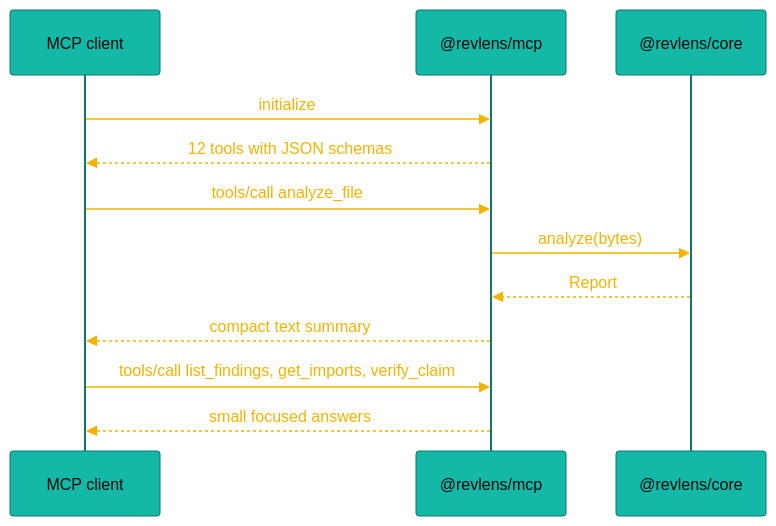
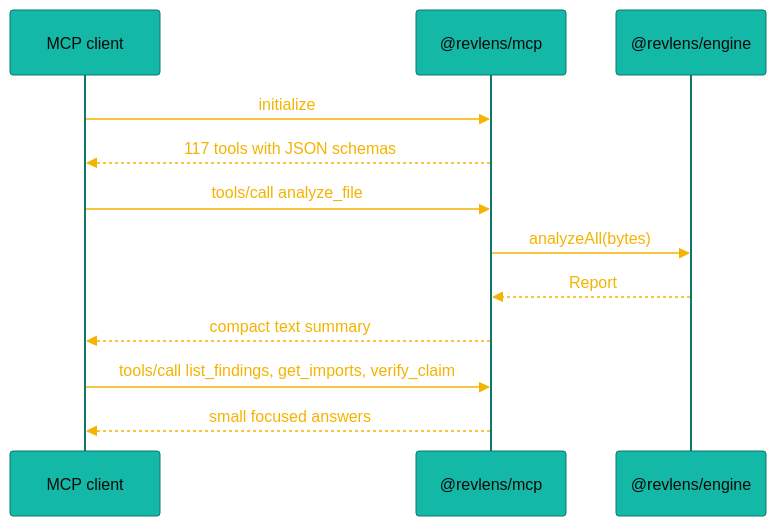
Before and after one commit to aniruddhaadak80/re: the third of 3 diagrams in docs/architecture.md, drawn with Mermaid. The commit also changed other lines of this file and 7 other files, not shown here.

Commit message:
docs: Chinese, Japanese and Spanish READMEs, language links at the top, architecture counts from code, gap matrix rows for 1.0

````diff
--- a/docs/architecture.md
+++ b/docs/architecture.md
@@ -140,15 +147,15 @@
 ```mermaid
 %%{init: {"theme": "base", "themeVariables": {"primaryColor": "#14B8A6", "primaryTextColor": "#0A0A0B", "primaryBorderColor": "#0F766E", "lineColor": "#F5B301", "actorBkg": "#14B8A6", "actorTextColor": "#0A0A0B", "signalColor": "#F5B301", "signalTextColor": "#F5B301", "noteBkgColor": "#FFD166", "noteTextColor": "#0A0A0B"}}}%%
 sequenceDiagram
   participant C as MCP client
   participant S as @revlens/mcp
-  participant K as @revlens/core
+  participant K as @revlens/engine
   C->>S: initialize
-  S-->>C: 12 tools with JSON schemas
+  S-->>C: 117 tools with JSON schemas
   C->>S: tools/call analyze_file
-  S->>K: analyze(bytes)
+  S->>K: analyzeAll(bytes)
   K-->>S: Report
   S-->>C: compact text summary
   C->>S: tools/call list_findings, get_imports, verify_claim
   S-->>C: small focused answers
 ```
````
